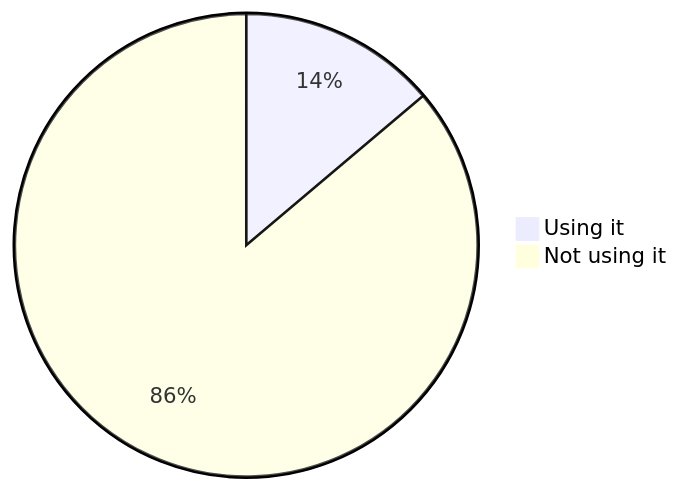
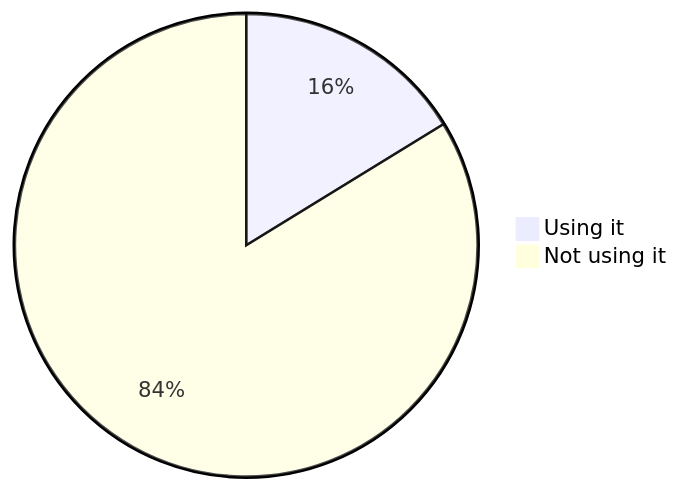
Before and after one commit to oshp/oshp-stats: the fourth of 22 diagrams in stats.md, drawn with Mermaid. The commit also changed other lines of this file, not shown here.

````diff
--- a/stats.md
+++ b/stats.md
@@ -46,6 +46,6 @@
 ```mermaid
 pie
-	"Using it" : 13.84
-	"Not using it" : 86.16
+	"Using it" : 16.24
+	"Not using it" : 83.76
 
 ```
````
